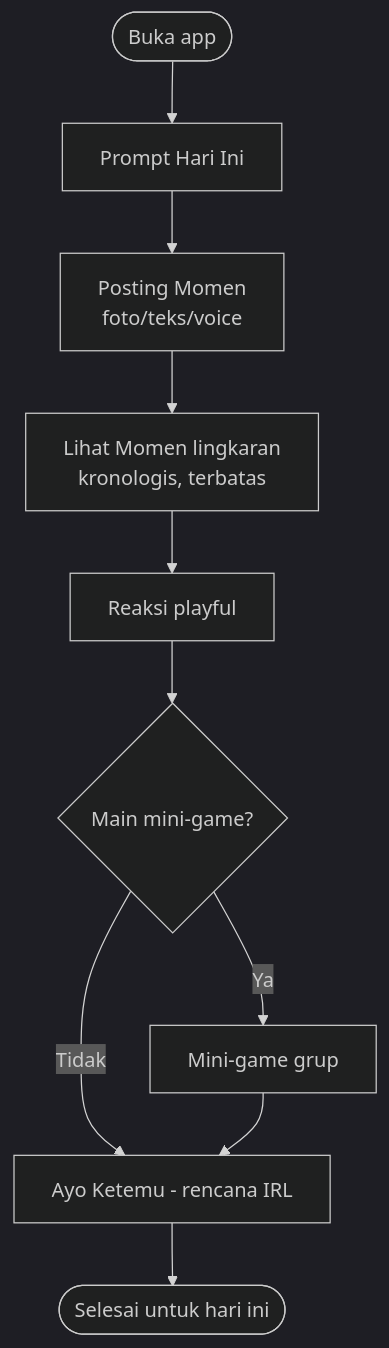
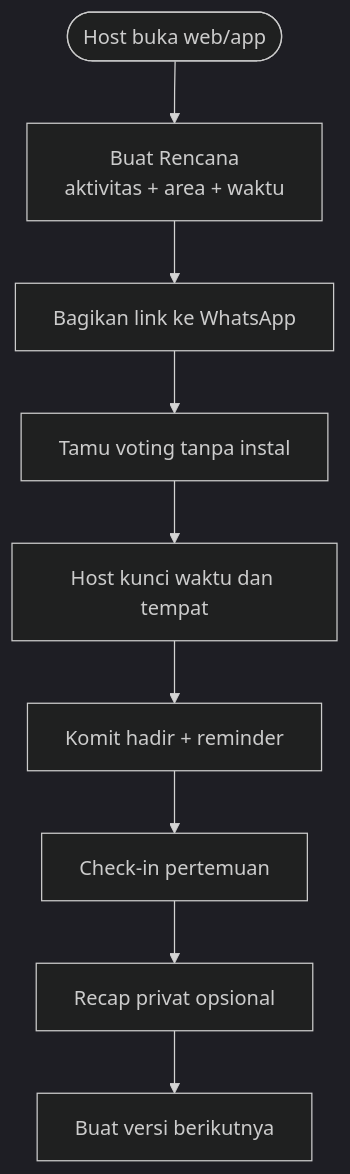
One commit to itsmhp/SocialMedia changed the diagram in concept/01-fitur-mvp-tanpa-ai.md. Above: the diagram before and after it, drawn with Mermaid (dark theme). The commit also changed other lines of this file and 10 other files, not shown here.

````diff
--- a/concept/01-fitur-mvp-tanpa-ai.md
+++ b/concept/01-fitur-mvp-tanpa-ai.md
@@ -32,12 +41,11 @@
 ```mermaid
 flowchart TD
-    Start([Buka app]) --> Notif[Prompt Hari Ini]
-    Notif --> Post[Posting Momen<br/>foto/teks/voice]
-    Post --> Circle[Lihat Momen lingkaran<br/>kronologis, terbatas]
-    Circle --> React[Reaksi playful]
-    React --> Game{Main mini-game?}
-    Game -->|Ya| Play[Mini-game grup]
-    Game -->|Tidak| Meet
-    Play --> Meet[Ayo Ketemu - rencana IRL]
-    Meet --> Done([Selesai untuk hari ini])
+    Start([Host buka web/app]) --> Plan[Buat Rencana<br/>aktivitas + area + waktu]
+    Plan --> Share[Bagikan link ke WhatsApp]
+    Share --> Vote[Tamu voting tanpa instal]
+    Vote --> Lock[Host kunci waktu dan tempat]
+    Lock --> RSVP[Komit hadir + reminder]
+    RSVP --> Checkin[Check-in pertemuan]
+    Checkin --> Recap[Recap privat opsional]
+    Recap --> Repeat[Buat versi berikutnya]
 ```
````
